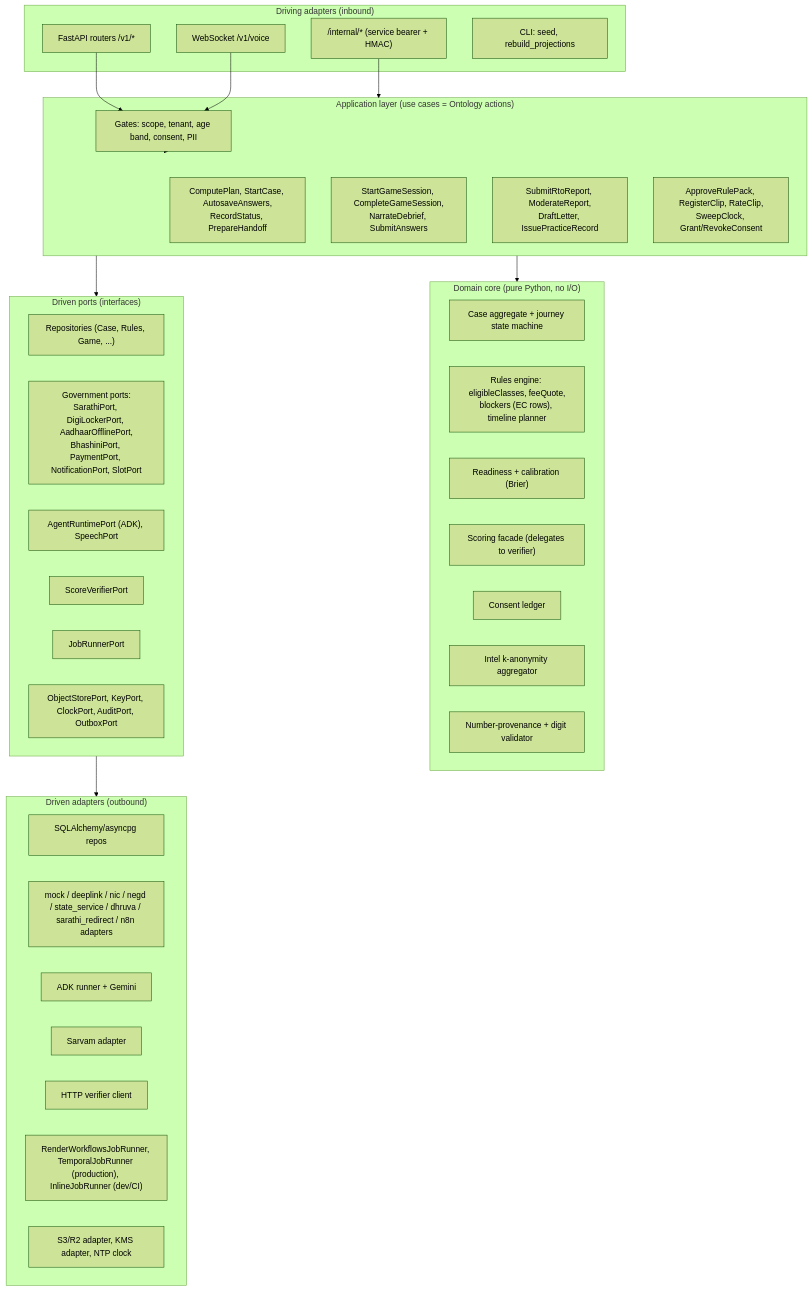
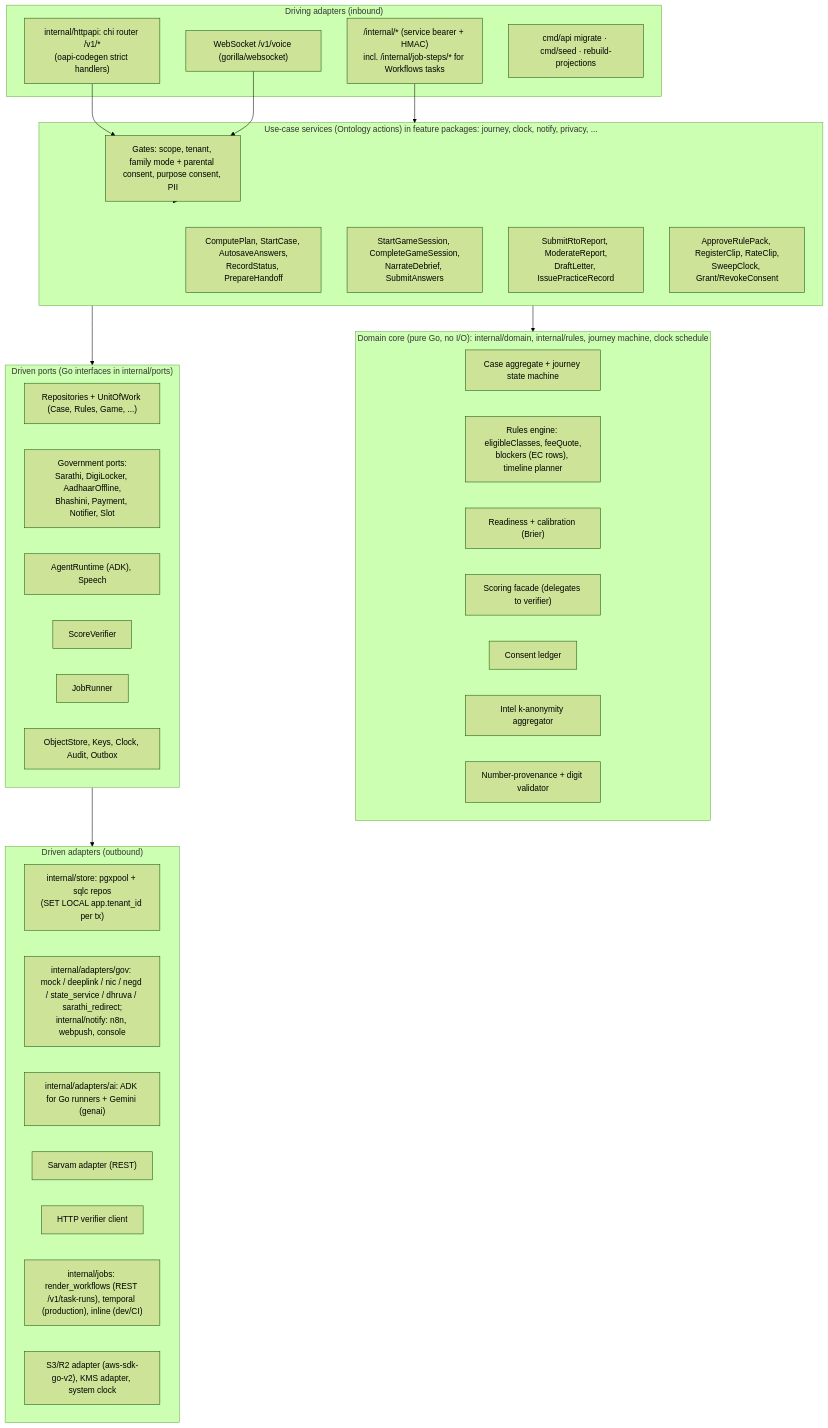
One commit to sruj08/margadarshak changed the third of 14 diagrams in docs/03-engineering/ARCHITECTURE.md. Above: the diagram before and after it, drawn with Mermaid (forest theme). The commit also changed other lines of this file and 1326 other files, not shown here.

````diff
--- a/docs/03-engineering/ARCHITECTURE.md
+++ b/docs/03-engineering/ARCHITECTURE.md
@@ -134,48 +134,48 @@
 ```mermaid
 flowchart TB
   subgraph Inbound["Driving adapters (inbound)"]
-    HTTP["FastAPI routers /v1/*"]
-    WS["WebSocket /v1/voice"]
-    INT["/internal/* (service bearer + HMAC)"]
-    CLI["CLI: seed, rebuild_projections"]
+    HTTP["internal/httpapi: chi router /v1/*<br/>(oapi-codegen strict handlers)"]
+    WS["WebSocket /v1/voice (gorilla/websocket)"]
+    INT["/internal/* (service bearer + HMAC)<br/>incl. /internal/job-steps/* for Workflows tasks"]
+    CLI["cmd/api migrate · cmd/seed · rebuild-projections"]
   end
-  subgraph App["Application layer (use cases = Ontology actions)"]
+  subgraph App["Use-case services (Ontology actions) in feature packages: journey, clock, notify, privacy, ..."]
     UC1["ComputePlan, StartCase, AutosaveAnswers,<br/>RecordStatus, PrepareHandoff"]
     UC2["StartGameSession, CompleteGameSession,<br/>NarrateDebrief, SubmitAnswers"]
     UC3["SubmitRtoReport, ModerateReport,<br/>DraftLetter, IssuePracticeRecord"]
     UC4["ApproveRulePack, RegisterClip, RateClip,<br/>SweepClock, Grant/RevokeConsent"]
-    GATES["Gates: scope, tenant, age band, consent, PII"]
+    GATES["Gates: scope, tenant, family mode + parental consent, purpose consent, PII"]
   end
-  subgraph Domain["Domain core (pure Python, no I/O)"]
+  subgraph Domain["Domain core (pure Go, no I/O): internal/domain, internal/rules, journey machine, clock schedule"]
     CASE["Case aggregate + journey state machine"]
     RULES["Rules engine: eligibleClasses, feeQuote,<br/>blockers (EC rows), timeline planner"]
     READY["Readiness + calibration (Brier)"]
     SCORE["Scoring facade (delegates to verifier)"]
     CONS["Consent ledger"]
     INTEL["Intel k-anonymity aggregator"]
     PROV["Number-provenance + digit validator"]
   end
-  subgraph Ports["Driven ports (interfaces)"]
-    REPO["Repositories (Case, Rules, Game, ...)"]
-    GOV["Government ports:<br/>SarathiPort, DigiLockerPort, AadhaarOfflinePort,<br/>BhashiniPort, PaymentPort, NotificationPort, SlotPort"]
-    AIP["AgentRuntimePort (ADK), SpeechPort"]
-    VERP["ScoreVerifierPort"]
-    JOB["JobRunnerPort"]
-    OBJ["ObjectStorePort, KeyPort, ClockPort, AuditPort, OutboxPort"]
+  subgraph Ports["Driven ports (Go interfaces in internal/ports)"]
+    REPO["Repositories + UnitOfWork (Case, Rules, Game, ...)"]
+    GOV["Government ports:<br/>Sarathi, DigiLocker, AadhaarOffline,<br/>Bhashini, Payment, Notifier, Slot"]
+    AIP["AgentRuntime (ADK), Speech"]
+    VERP["ScoreVerifier"]
+    JOB["JobRunner"]
+    OBJ["ObjectStore, Keys, Clock, Audit, Outbox"]
   end
   subgraph Outbound["Driven adapters (outbound)"]
-    SQL["SQLAlchemy/asyncpg repos"]
-    GOVAD["mock / deeplink / nic / negd / state_service / dhruva / sarathi_redirect / n8n adapters"]
-    ADK["ADK runner + Gemini"]
-    SVA["Sarvam adapter"]
+    SQL["internal/store: pgxpool + sqlc repos<br/>(SET LOCAL app.tenant_id per tx)"]
+    GOVAD["internal/adapters/gov: mock / deeplink / nic / negd / state_service / dhruva / sarathi_redirect;<br/>internal/notify: n8n, webpush, console"]
+    ADK["internal/adapters/ai: ADK for Go runners + Gemini (genai)"]
+    SVA["Sarvam adapter (REST)"]
     VERA["HTTP verifier client"]
-    RWA["RenderWorkflowsJobRunner, TemporalJobRunner (production), InlineJobRunner (dev/CI)"]
-    S3A["S3/R2 adapter, KMS adapter, NTP clock"]
+    RWA["internal/jobs: render_workflows (REST /v1/task-runs), temporal (production), inline (dev/CI)"]
+    S3A["S3/R2 adapter (aws-sdk-go-v2), KMS adapter, system clock"]
   end
   HTTP --> GATES --> App
   WS --> GATES
   INT --> App
   App --> Domain
   App --> Ports
   Ports --> Outbound
 ```
````
